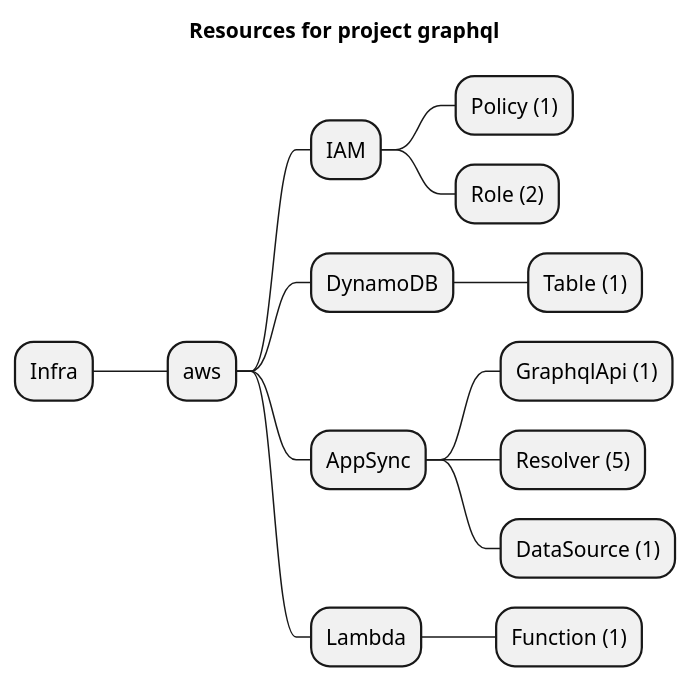
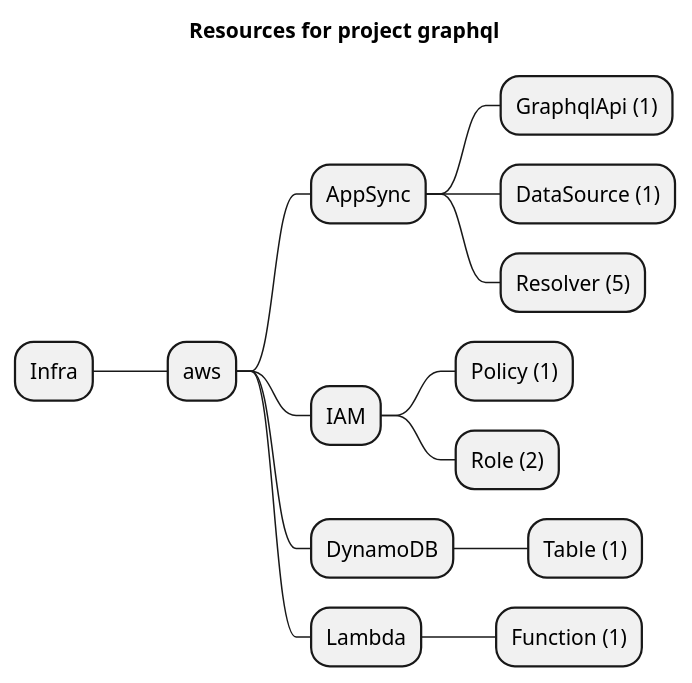
One commit to grucloud/grucloud changed the diagram in examples/aws/appSync/graphql/artifacts/resources-mindmap.puml. Above: the diagram before and after it, drawn with PlantUML. The commit also changed other lines of this file and 229 other files, not shown here.

```diff
--- a/examples/aws/appSync/graphql/artifacts/resources-mindmap.puml
+++ b/examples/aws/appSync/graphql/artifacts/resources-mindmap.puml
@@ -1,17 +1,17 @@
 @startmindmap
 title Resources for project graphql
 skinparam monochrome true
 + Infra
 ++ aws
++++ AppSync
+++++ GraphqlApi (1)
+++++ DataSource (1)
+++++ Resolver (5)
 +++ IAM
 ++++ Policy (1)
 ++++ Role (2)
 +++ DynamoDB
 ++++ Table (1)
-+++ AppSync
-++++ GraphqlApi (1)
-++++ Resolver (5)
-++++ DataSource (1)
 +++ Lambda
 ++++ Function (1)
 @endmindmap
```
